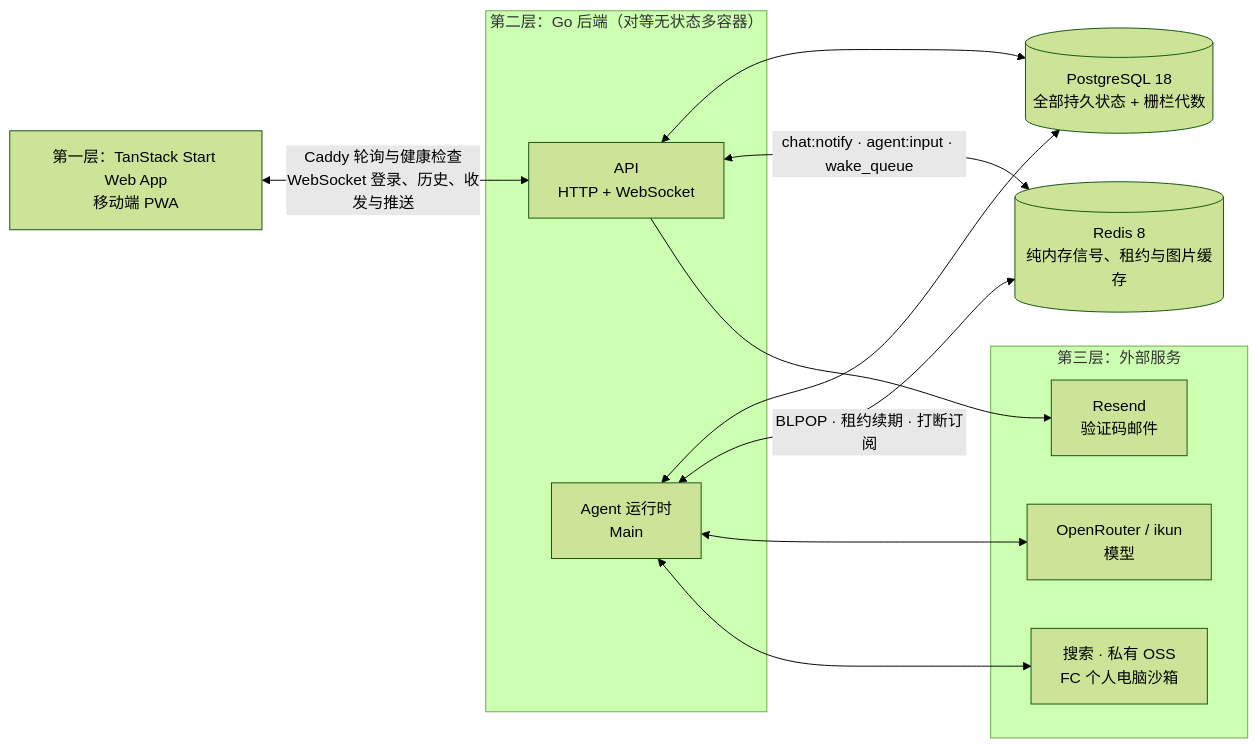
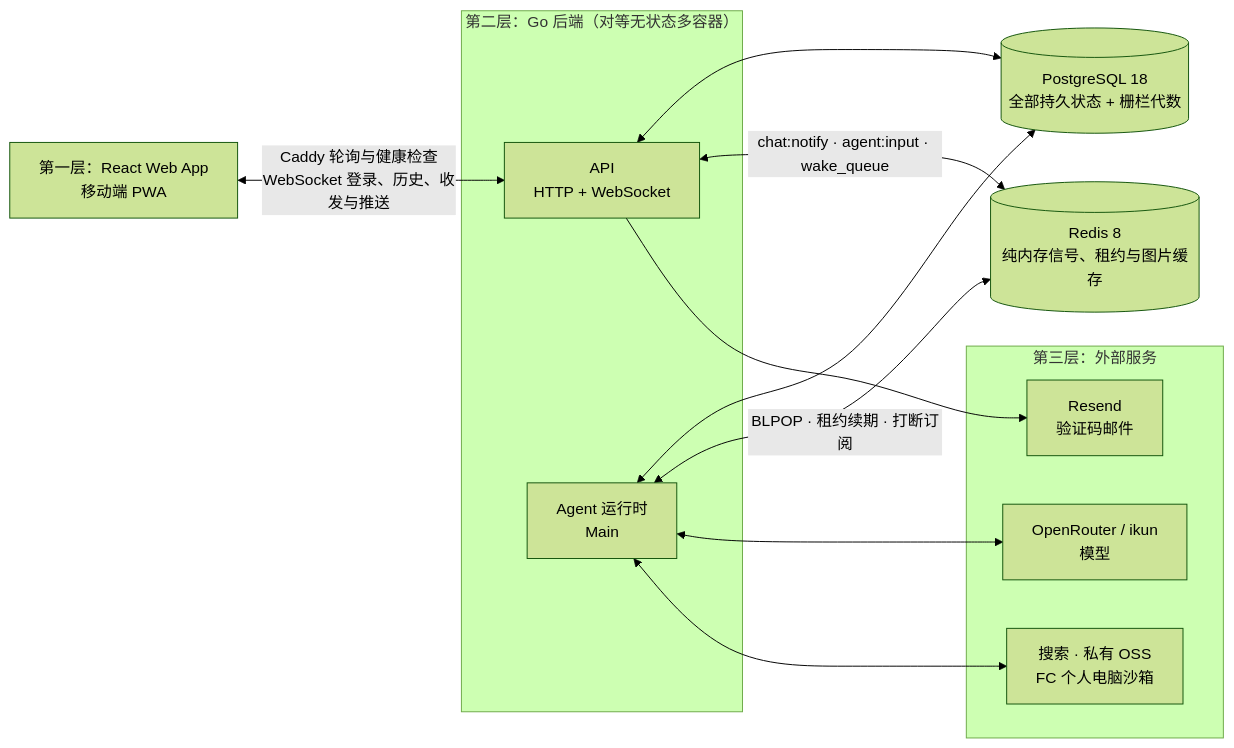
Before and after one commit to OmniNetOpensource/aether-personal: the diagram in docs/wiki/01-overview.md, drawn with Mermaid (forest theme). The commit also changed other lines of this file and 4 other files, not shown here.

````diff
--- a/docs/wiki/01-overview.md
+++ b/docs/wiki/01-overview.md
@@ -24,24 +24,24 @@
 ```mermaid
 flowchart LR
-    APP["第一层：TanStack Start Web App<br/>移动端 PWA"]
+    APP["第一层：React Web App<br/>移动端 PWA"]
     subgraph BACKEND["第二层：Go 后端（对等无状态多容器）"]
         API["API<br/>HTTP + WebSocket"]
         RUNTIME["Agent 运行时<br/>Main"]
     end
     DB[("PostgreSQL 18<br/>全部持久状态 + 栅栏代数")]
     REDIS[("Redis 8<br/>纯内存信号、租约与图片缓存")]
     subgraph EXTERNAL["第三层：外部服务"]
         OPENROUTER["OpenRouter / ikun<br/>模型"]
         RESEND["Resend<br/>验证码邮件"]
         TOOLS["搜索 · 私有 OSS<br/>FC 个人电脑沙箱"]
     end
 
     APP <-->|"Caddy 轮询与健康检查<br/>WebSocket 登录、历史、收发与推送"| API
     API <--> DB
     RUNTIME <--> DB
     API <-->|"chat:notify · agent:input · wake_queue"| REDIS
     RUNTIME <-->|"BLPOP · 租约续期 · 打断订阅"| REDIS
     RUNTIME <--> OPENROUTER
     API --> RESEND
     RUNTIME <--> TOOLS
 ```
````
